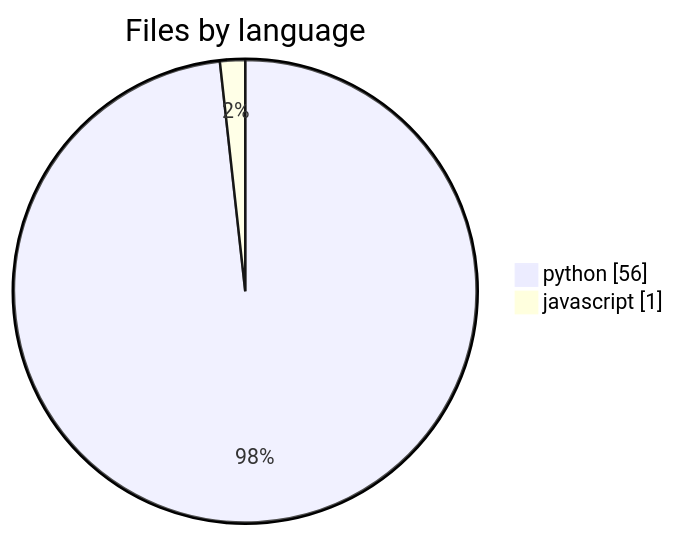
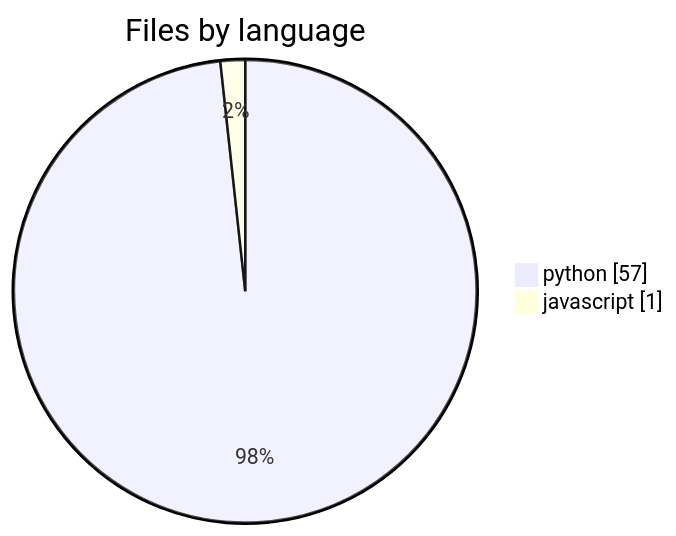
Before and after one commit to wolframs/jspace-probes: the fourth of 6 diagrams in .mentis/context/architecture.md, drawn with Mermaid. The commit also changed other lines of this file and 59 other files, not shown here.

````diff
--- a/.mentis/context/architecture.md
+++ b/.mentis/context/architecture.md
@@ -38,5 +38,5 @@
 ```mermaid
 pie showData title Files by language
-    "python" : 56
+    "python" : 57
     "javascript" : 1
 ```
````
